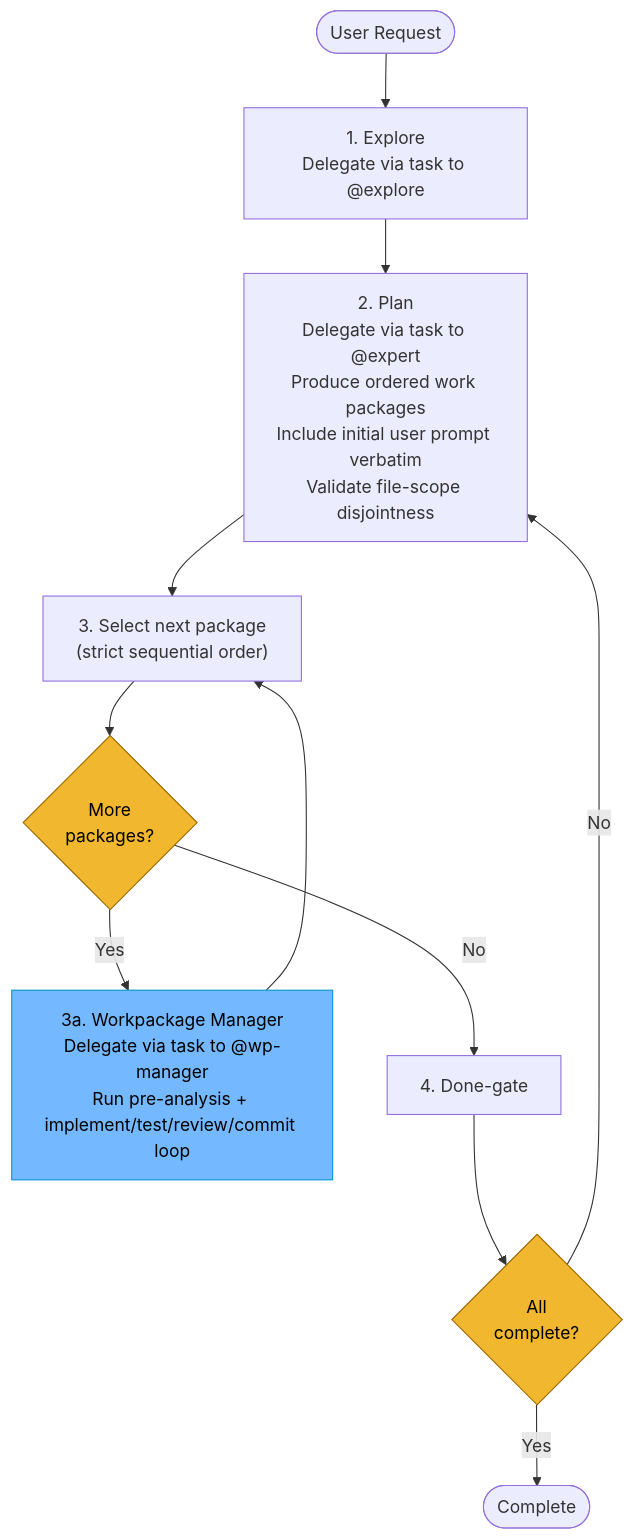
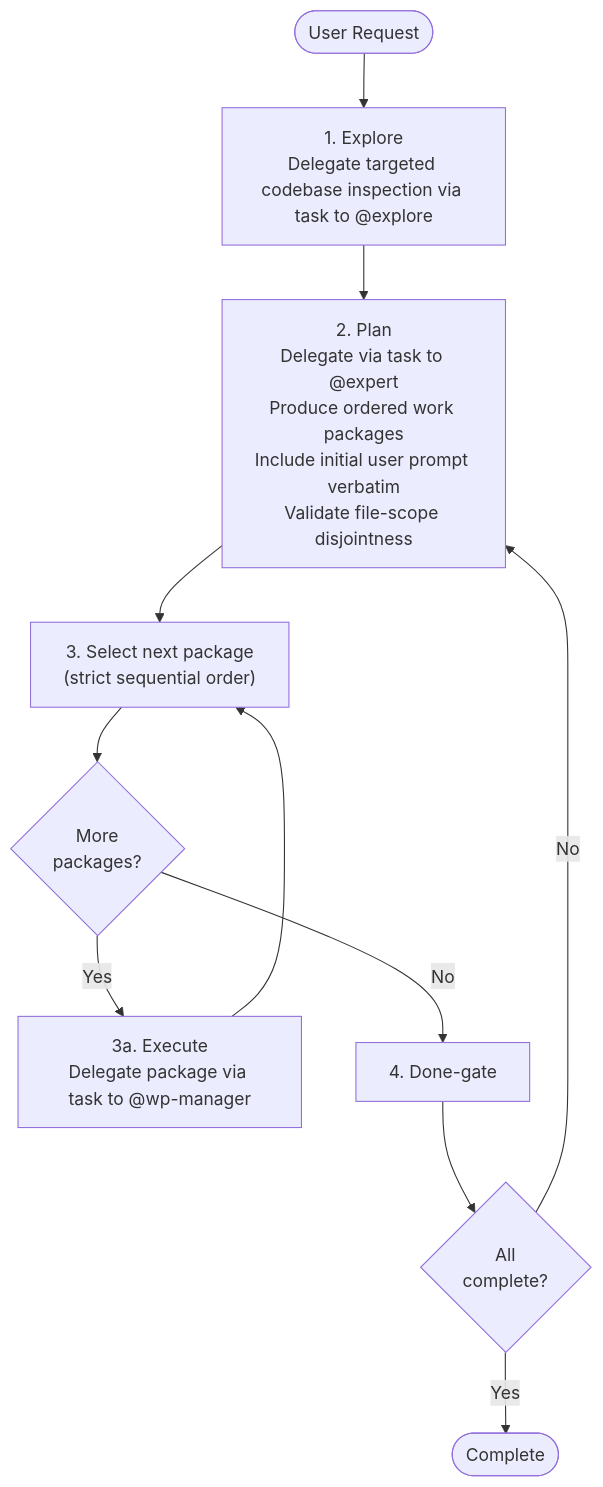
Before and after one commit to juliankahlert/opencode-config: the diagram in pages/src/absurd/autonom.md, drawn with Mermaid. The commit also changed other lines of this file and 17 other files, not shown here.

````diff
--- a/pages/src/absurd/autonom.md
+++ b/pages/src/absurd/autonom.md
@@ -31,30 +36,24 @@
 ```mermaid
 flowchart TD
     START([User Request]) --> EXPLORE
 
-    EXPLORE["<span>1.</span> Explore<br/>Delegate via task to @explore"]
+    EXPLORE["<span>1.</span> Explore<br/>Delegate targeted codebase inspection via task to @explore"]
     EXPLORE --> PLAN
 
     PLAN["<span>2.</span> Plan<br/>Delegate via task to @expert<br/>Produce ordered work packages<br/>Include initial user prompt verbatim<br/>Validate file-scope disjointness"]
     PLAN --> NEXT
 
     NEXT["<span>3.</span> Select next package<br/>(strict sequential order)"]
     NEXT --> MORE{More<br/>packages?}
     MORE -->|Yes| WPM
 
-    WPM["<span>3a.</span> Workpackage Manager<br/>Delegate via task to @wp-manager<br/>Run pre-analysis + implement/test/review/commit loop"]
+    WPM["<span>3a.</span> Execute<br/>Delegate package via task to @wp-manager"]
 
     WPM --> NEXT
     MORE -->|No| DONE
 
     DONE["<span>4.</span> Done-gate"]
     DONE --> CHECK{All<br/>complete?}
     CHECK -->|No| PLAN
     CHECK -->|Yes| END([Complete])
-
-    classDef loop fill:#74b9ff,stroke:#0096cf,color:#000
-    classDef gate fill:#f0b72f,stroke:#9a6700,color:#000
-
-    class WPM loop
-    class MORE,CHECK gate
 ```
````
